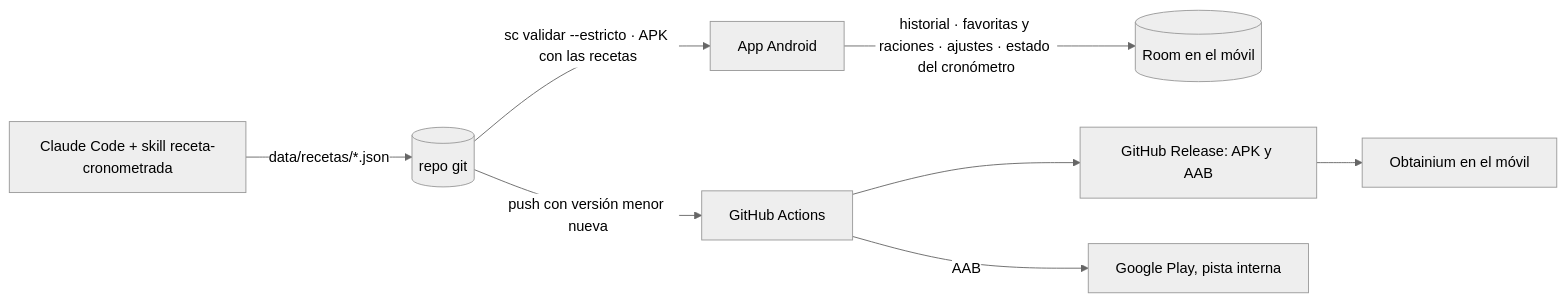
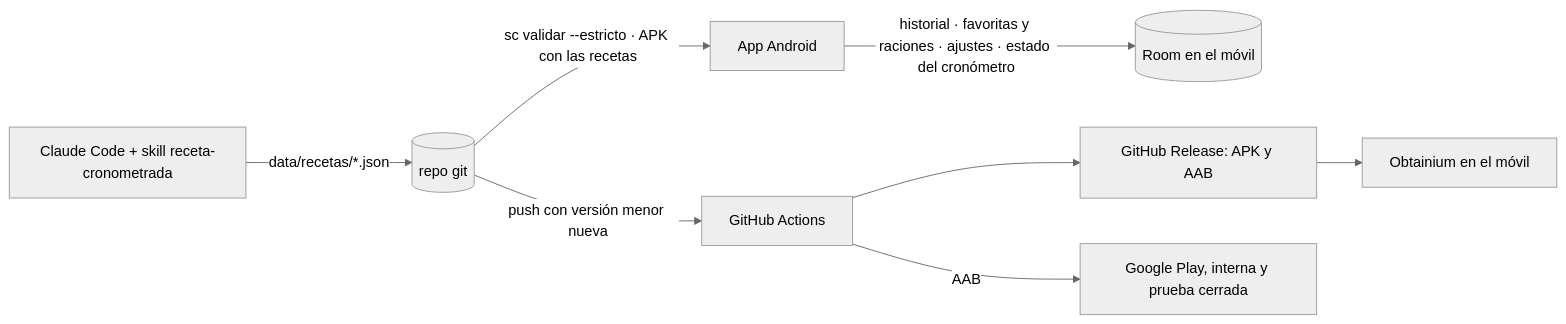
One commit to trombonet12/Sous-Chef changed the diagram in README.md. Above: the diagram before and after it, drawn with Mermaid (neutral theme). The commit also changed other lines of this file and 6 other files, not shown here.

Commit message:
ci(play): promocionar cada versión de la pista interna a la prueba cerrada (alpha)

````diff
--- a/README.md
+++ b/README.md
@@ -25,10 +25,10 @@
 ```mermaid
 flowchart LR
   CC[Claude Code + skill receta-cronometrada] -->|data/recetas/*.json| R[(repo git)]
   R -->|sc validar --estricto · APK con las recetas| A[App Android]
   A -->|historial · favoritas y raciones · ajustes · estado del cronómetro| Room[(Room en el móvil)]
   R -->|push con versión menor nueva| GA[GitHub Actions]
   GA --> GR[GitHub Release: APK y AAB]
   GR --> OB[Obtainium en el móvil]
-  GA -->|AAB| GP[Google Play, pista interna]
+  GA -->|AAB| GP[Google Play, interna y prueba cerrada]
 ```
````
